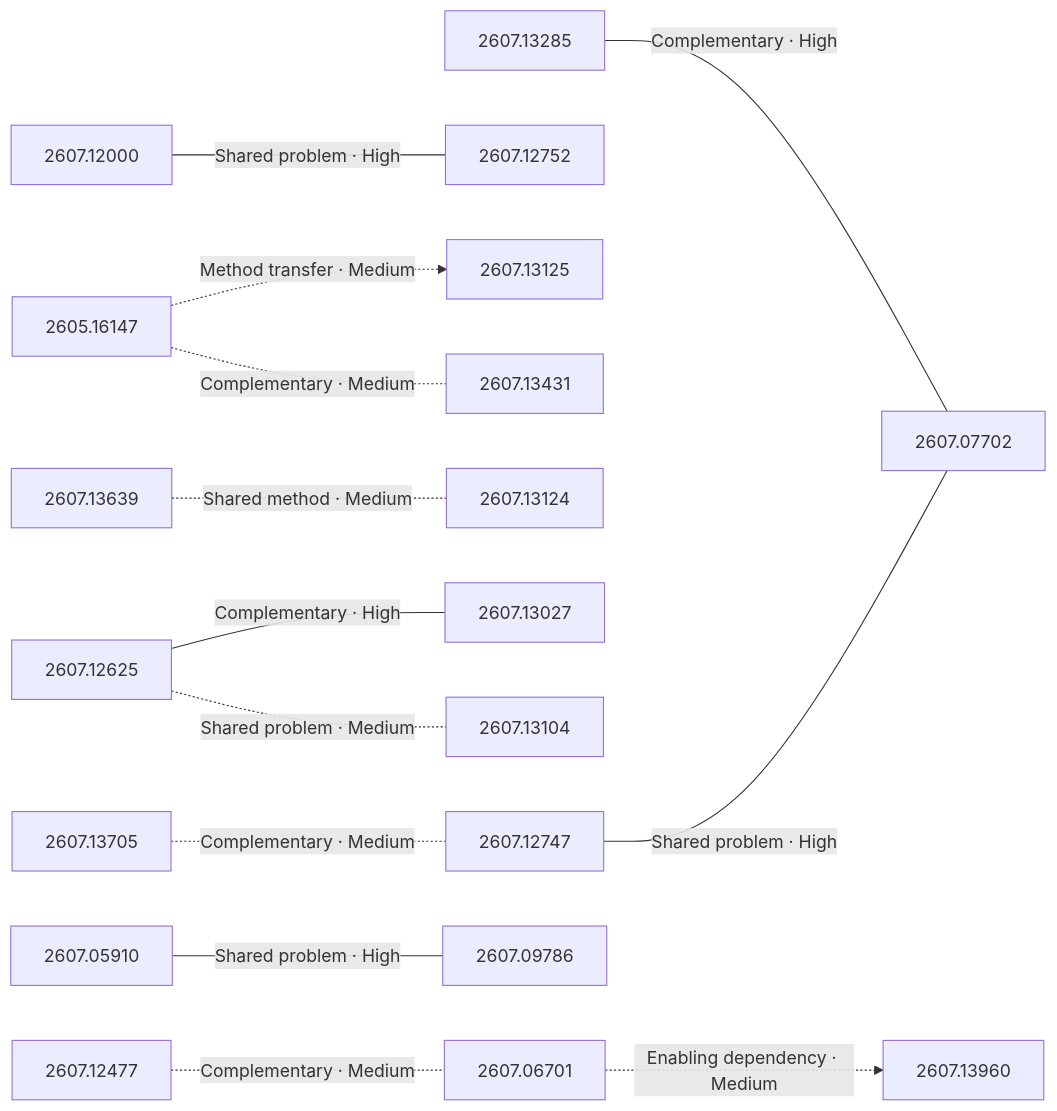
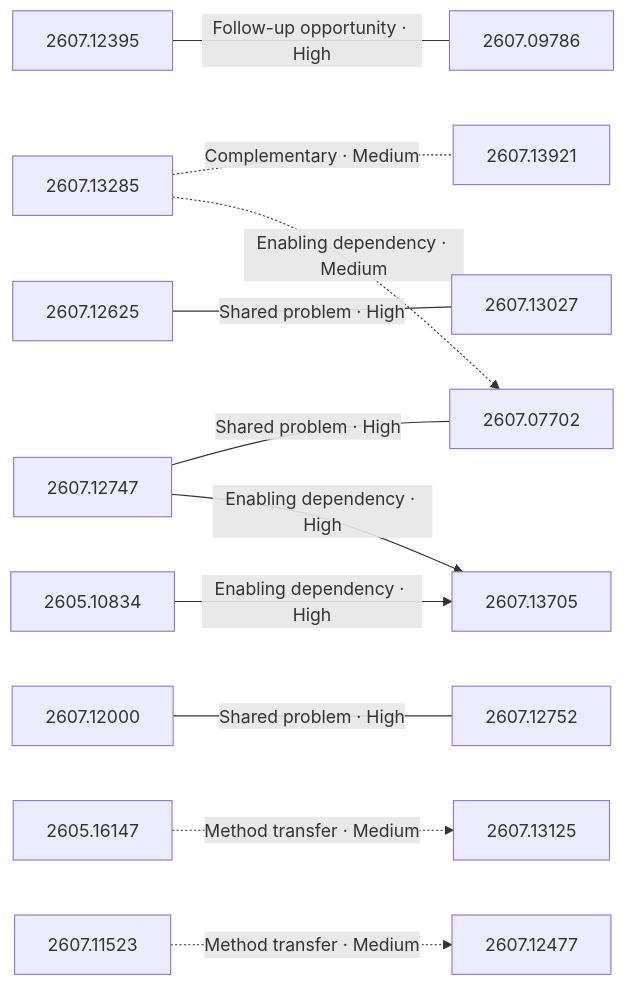
One commit to vollero/hf-daily-paper-summaries changed the diagram in summaries/2026/07/2026-07-16/relationships.md. Above: the diagram before and after it, drawn with Mermaid. The commit also changed other lines of this file and 2 other files, not shown here.

Commit message:
Publish summary, analyses, and graph 2026-07-16

````diff
--- a/summaries/2026/07/2026-07-16/relationships.md
+++ b/summaries/2026/07/2026-07-16/relationships.md
@@ -26,36 +26,31 @@
 ```mermaid
 flowchart LR
   accTitle: Same-day paper relationships
   accDescr: Editorial hypotheses connecting papers from this daily collection.
   c1["2607.13285"]
   c2["2607.13125"]
+  c3["2607.12395"]
   c4["2607.12625"]
-  c5["2607.13639"]
-  c6["2607.05910"]
-  c7["2607.12000"]
-  c8["2607.13960"]
-  c9["2605.16147"]
-  c10["2607.12752"]
-  c11["2607.13104"]
-  c12["2607.13124"]
-  c13["2607.13705"]
+  c6["2607.13705"]
+  c8["2607.12000"]
+  c11["2605.16147"]
+  c13["2607.12752"]
   c15["2607.12747"]
-  c16["2607.13431"]
+  c16["2607.11523"]
   c17["2607.13027"]
   c18["2607.07702"]
   c19["2607.12477"]
-  c21["2607.09786"]
-  c22["2607.06701"]
-  c1 ---|"Complementary · High"| c18
+  c20["2607.09786"]
+  c22["2607.13921"]
+  c23["2605.10834"]
+  c1 -.-|"Complementary · Medium"| c22
+  c4 ---|"Shared problem · High"| c17
+  c23 -->|"Enabling dependency · High"| c6
   c15 ---|"Shared problem · High"| c18
-  c13 -.-|"Complementary · Medium"| c15
-  c4 ---|"Complementary · High"| c17
-  c4 -.-|"Shared problem · Medium"| c11
-  c7 ---|"Shared problem · High"| c10
-  c9 -.->|"Method transfer · Medium"| c2
-  c9 -.-|"Complementary · Medium"| c16
-  c6 ---|"Shared problem · High"| c21
-  c5 -.-|"Shared method · Medium"| c12
-  c22 -.->|"Enabling dependency · Medium"| c8
-  c19 -.-|"Complementary · Medium"| c22
+  c3 ---|"Follow-up opportunity · High"| c20
+  c11 -.->|"Method transfer · Medium"| c2
+  c8 ---|"Shared problem · High"| c13
+  c16 -.->|"Method transfer · Medium"| c19
+  c15 -->|"Enabling dependency · High"| c6
+  c1 -.->|"Enabling dependency · Medium"| c18
 ```
````
